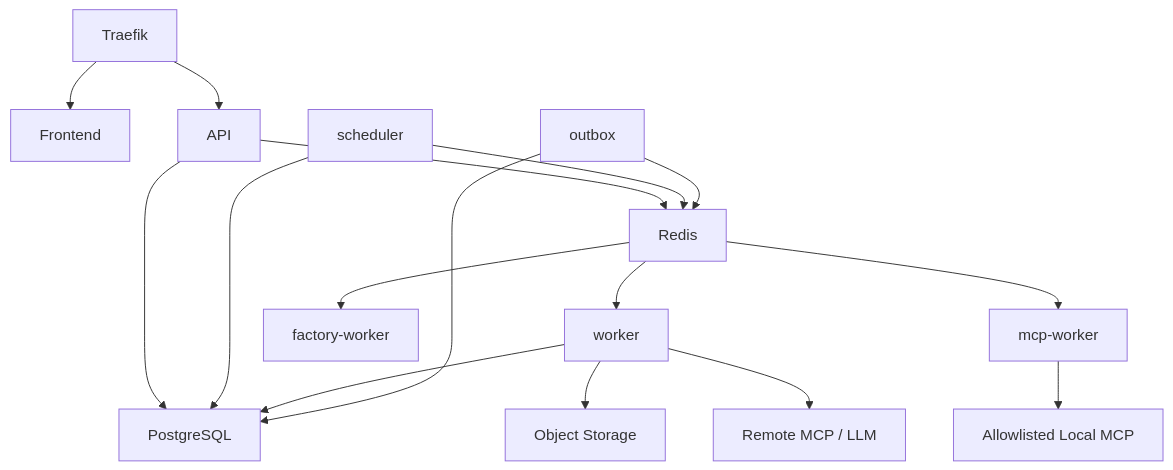
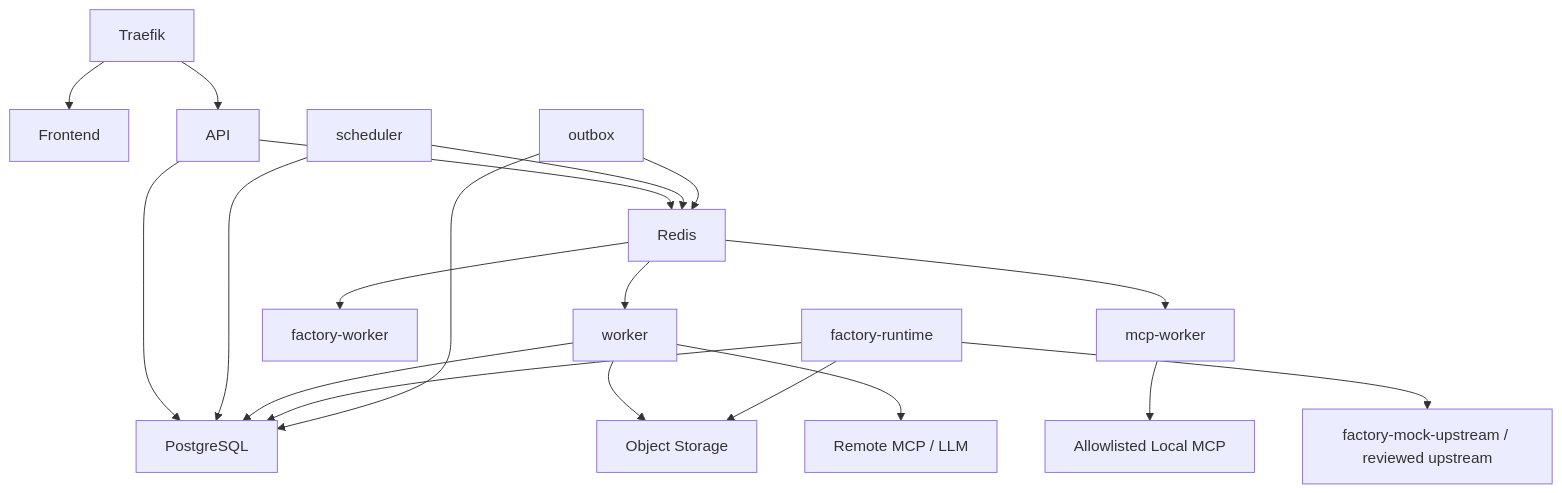
The third of 3 diagrams in docs/03-system-architecture.md (ramza2/mcp-flow), drawn with Mermaid before and after one commit. The commit also changed other lines of this file and 24 other files, not shown here.

First line of the commit message:
Add Factory safe Runtime Adapter foundation (Issue #101).

````diff
--- a/docs/03-system-architecture.md
+++ b/docs/03-system-architecture.md
@@ -336,18 +336,21 @@
 ```mermaid
 flowchart TD
     T[Traefik] --> F[Frontend]
     T --> A[API]
     A --> PG[PostgreSQL]
     A --> R[Redis]
     R --> W[worker]
     R --> MW[mcp-worker]
     R --> FW[factory-worker]
     S[scheduler] --> PG
     S --> R
     W --> PG
     W --> OS[Object Storage]
     W --> RM[Remote MCP / LLM]
     MW --> LM[Allowlisted Local MCP]
+    FR[factory-runtime] --> PG
+    FR --> OS
+    FR --> MU[factory-mock-upstream / reviewed upstream]
     O[outbox] --> PG
     O --> R
 ```
````
